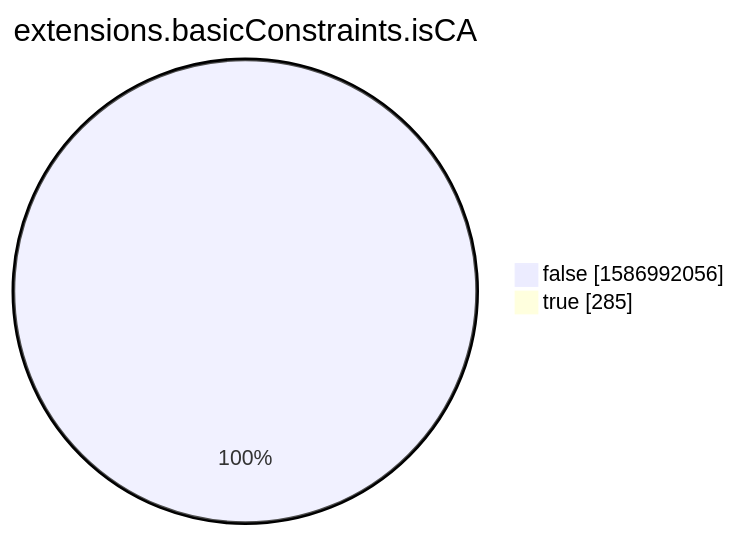
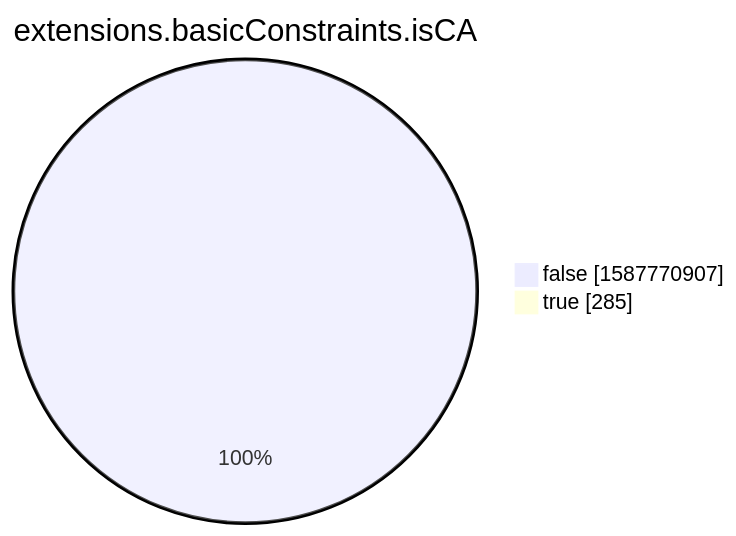
Before and after one commit to christiankrug/ctmonitor_visualization: the eighth of 15 diagrams in xenon2022/README.md, drawn with Mermaid. The commit also changed other lines of this file, not shown here.

````diff
--- a/xenon2022/README.md
+++ b/xenon2022/README.md
@@ -2862,6 +2862,6 @@
 ```mermaid
 pie showData
 title extensions.basicConstraints.isCA
-"false" :1586992056
+"false" :1587770907
 "true" :285
 ```
````
